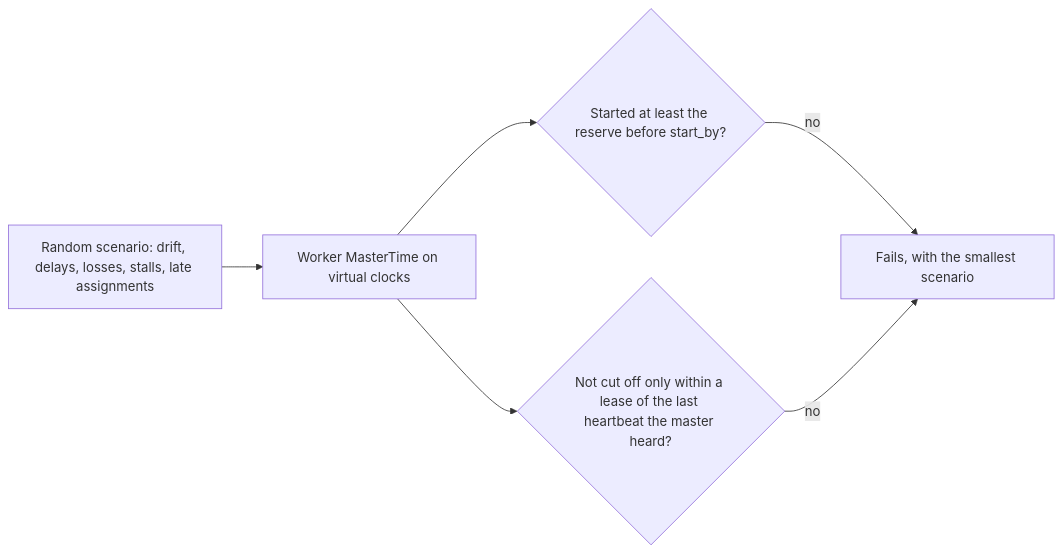
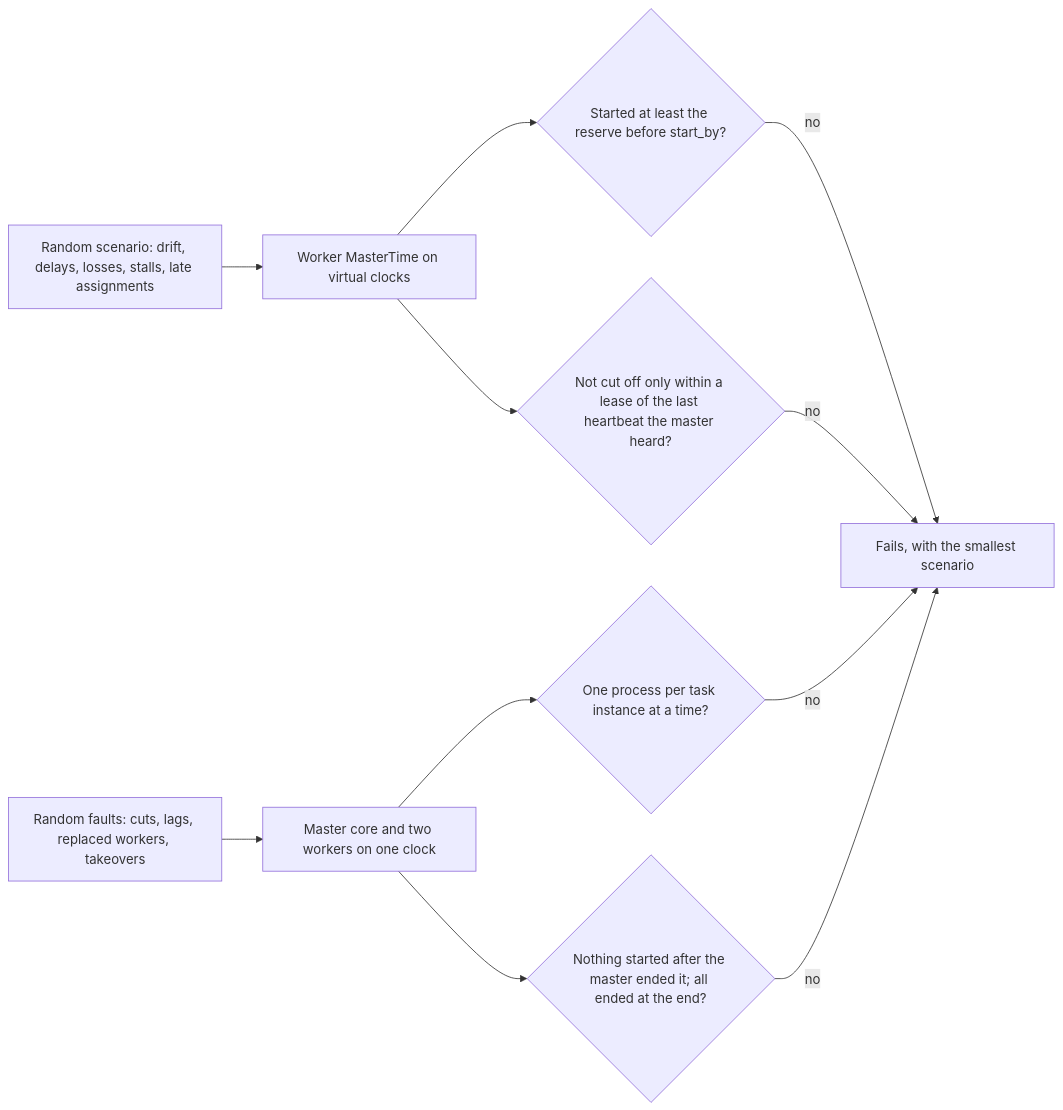
Before and after one commit to ptutak/schedr: diagram 16 of 24 in docs/03-guide/17-master-clock.md, drawn with Mermaid. The commit also changed other lines of this file and 52 other files, not shown here.

````diff
--- a/docs/03-guide/17-master-clock.md
+++ b/docs/03-guide/17-master-clock.md
@@ -300,8 +314,13 @@
 ```{mermaid}
 flowchart LR
     gen[Random scenario: drift, delays, losses, stalls, late assignments] --> sim[Worker MasterTime on virtual clocks]
     sim --> rule1{Started at least the reserve before start_by?}
     sim --> rule3{Not cut off only within a lease of the last heartbeat the master heard?}
     rule1 -->|no| fail[Fails, with the smallest scenario]
     rule3 -->|no| fail
+    faults[Random faults: cuts, lags, replaced workers, takeovers] --> both[Master core and two workers on one clock]
+    both --> alone{One process per task instance at a time?}
+    both --> ended{Nothing started after the master ended it; all ended at the end?}
+    alone -->|no| fail
+    ended -->|no| fail
 ```
````
